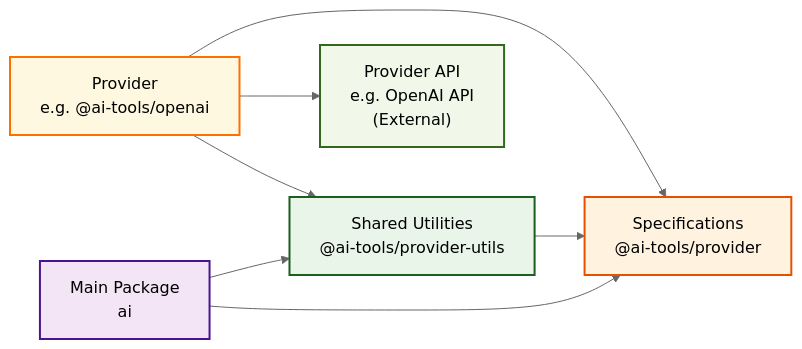
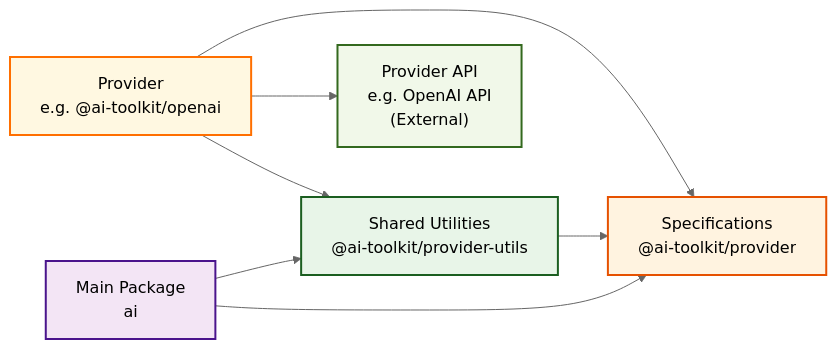
The diagram in contributing/provider-architecture.md (khulnasoft/ai-toolkit), drawn with Mermaid (neutral theme) before and after one commit. The commit also changed 2670 other files, not shown here.

First line of the commit message:
refactor: update provider package references to @ai-toolkit

````diff
--- a/contributing/provider-architecture.md
+++ b/contributing/provider-architecture.md
@@ -7,21 +7,21 @@
 ```mermaid
 graph LR
-    AI["Main Package<br/>ai"] --> PROVIDER["Specifications<br/>@ai-tools/provider"]
-    AI --> UTILS["Shared Utilities<br/>@ai-tools/provider-utils"]
+    AI["Main Package<br/>ai"] --> PROVIDER["Specifications<br/>@ai-toolkit/provider"]
+    AI --> UTILS["Shared Utilities<br/>@ai-toolkit/provider-utils"]
     UTILS --> PROVIDER
-    OPENAI["Provider<br/>e.g. @ai-tools/openai"] --> PROVIDER
+    OPENAI["Provider<br/>e.g. @ai-toolkit/openai"] --> PROVIDER
     OPENAI --> UTILS
     OPENAI --> OPENAI_API["Provider API<br/>e.g. OpenAI API<br/>(External)"]
 
     classDef core fill:#f3e5f5,stroke:#4a148c,stroke-width:2px
     classDef spec fill:#fff3e0,stroke:#e65100,stroke-width:2px
     classDef utils fill:#e8f5e8,stroke:#1b5e20,stroke-width:2px
     classDef provider fill:#fff8e1,stroke:#ff6f00,stroke-width:2px
     classDef external fill:#f1f8e9,stroke:#33691e,stroke-width:2px
 
     class AI core
     class PROVIDER spec
     class UTILS utils
     class OPENAI provider
     class OPENAI_API external
 ```
````
